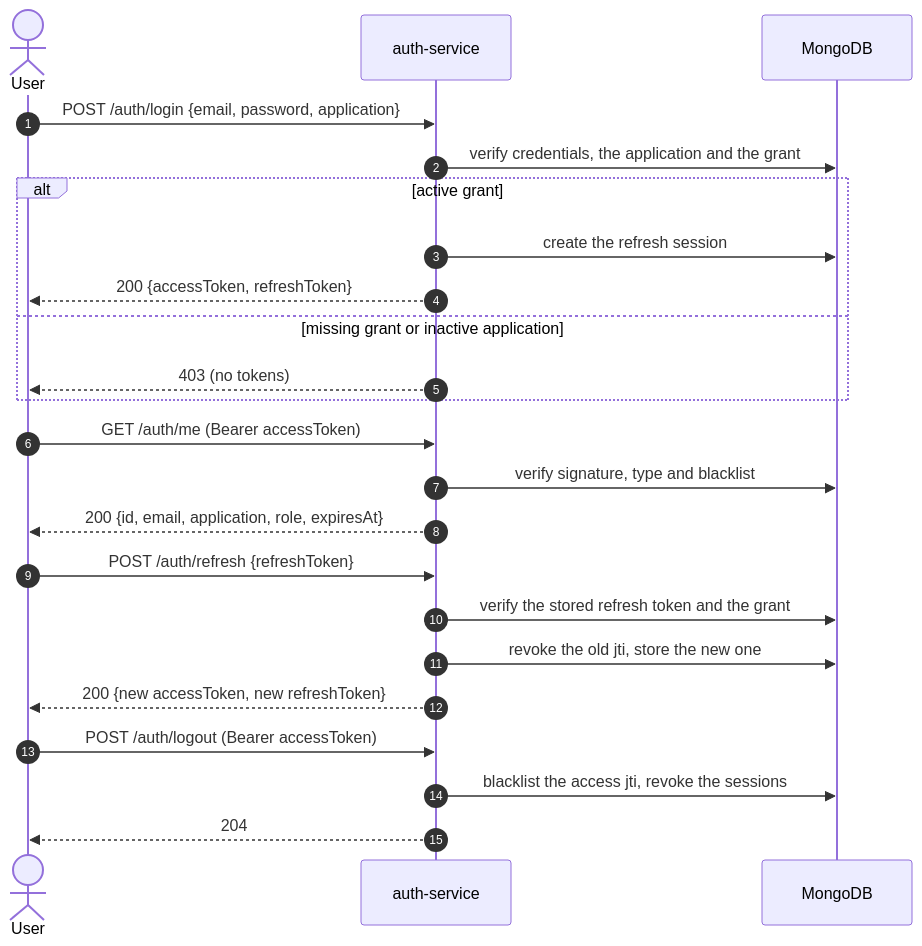
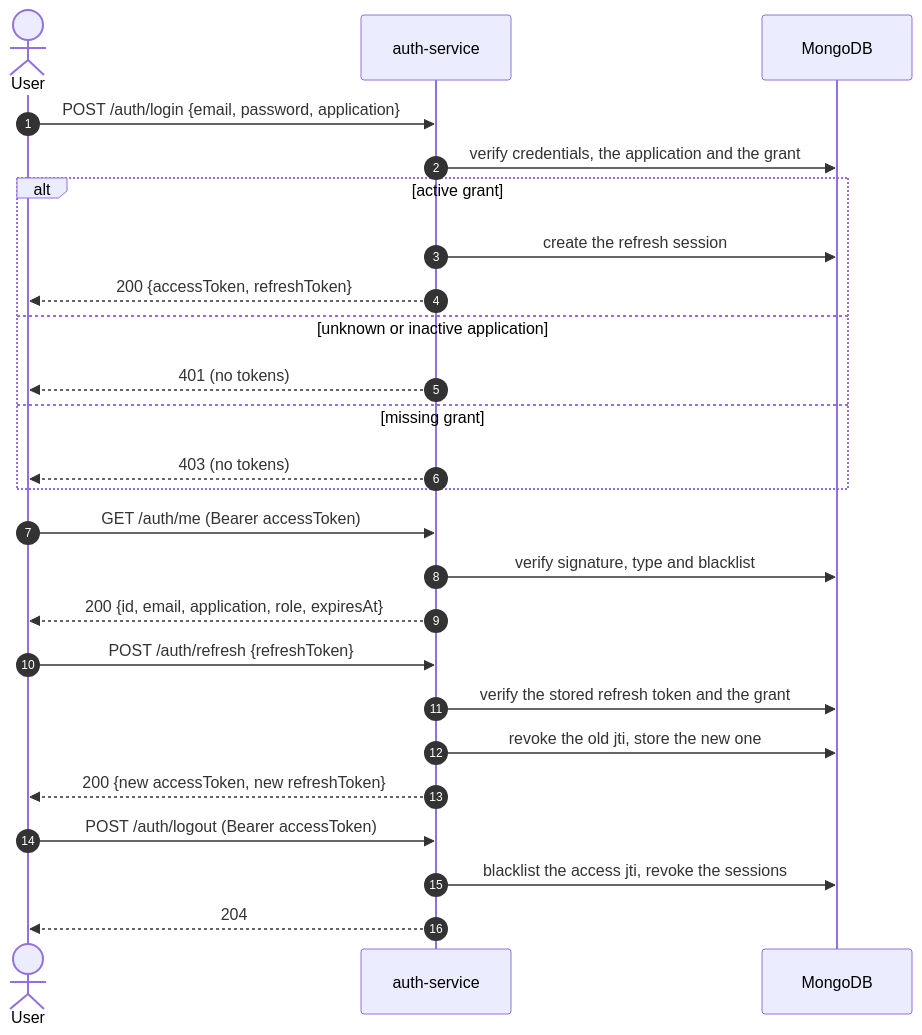
The diagram in docs/getting-started/login-and-refresh.md (AlvaroVFon/auth-service), drawn with Mermaid before and after one commit. The commit also changed other lines of this file and 10 other files, not shown here.

````diff
--- a/docs/getting-started/login-and-refresh.md
+++ b/docs/getting-started/login-and-refresh.md
@@ -30,29 +30,31 @@
 ```mermaid
 sequenceDiagram
     autonumber
     actor User
     participant API as auth-service
     participant DB as MongoDB
 
     User->>API: POST /auth/login {email, password, application}
     API->>DB: verify credentials, the application and the grant
     alt active grant
         API->>DB: create the refresh session
         API-->>User: 200 {accessToken, refreshToken}
-    else missing grant or inactive application
+    else unknown or inactive application
+        API-->>User: 401 (no tokens)
+    else missing grant
         API-->>User: 403 (no tokens)
     end
 
     User->>API: GET /auth/me (Bearer accessToken)
     API->>DB: verify signature, type and blacklist
     API-->>User: 200 {id, email, application, role, expiresAt}
 
     User->>API: POST /auth/refresh {refreshToken}
     API->>DB: verify the stored refresh token and the grant
     API->>DB: revoke the old jti, store the new one
     API-->>User: 200 {new accessToken, new refreshToken}
 
     User->>API: POST /auth/logout (Bearer accessToken)
     API->>DB: blacklist the access jti, revoke the sessions
     API-->>User: 204
 ```
````
